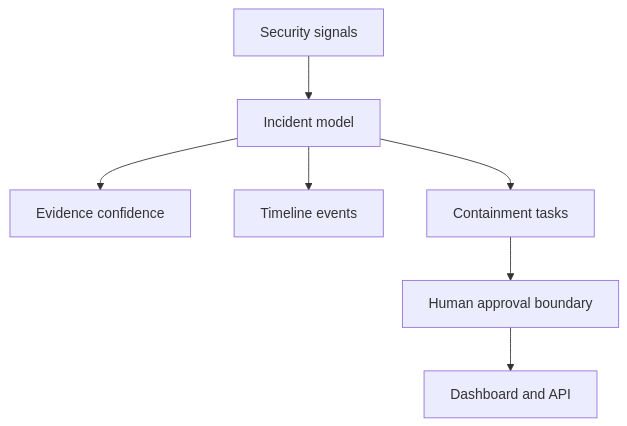
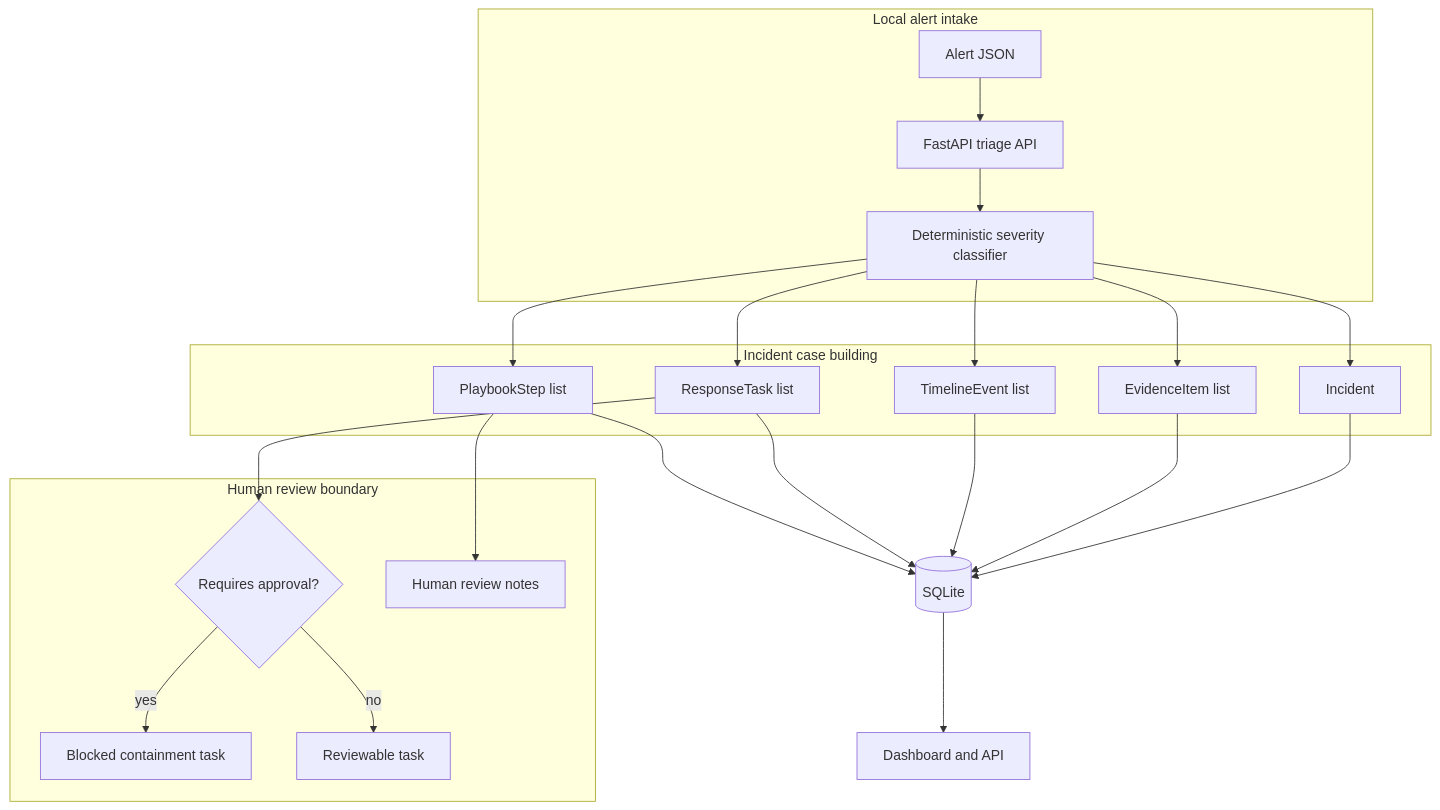
Before and after one commit to lord-dubious/incident-response-copilot: the diagram in docs/ARCHITECTURE.md, drawn with Mermaid. The commit also changed other lines of this file and 2 other files, not shown here.

Commit message:
docs: explain incident triage flow

````diff
--- a/docs/ARCHITECTURE.md
+++ b/docs/ARCHITECTURE.md
@@ -3,9 +3,29 @@
 ```mermaid
 flowchart TB
-    Signals[Security signals] --> Incidents[Incident model]
-    Incidents --> Evidence[Evidence confidence]
-    Incidents --> Timeline[Timeline events]
-    Incidents --> Tasks[Containment tasks]
-    Tasks --> Review[Human approval boundary]
-    Review --> Dashboard[Dashboard and API]
+    subgraph Intake[Local alert intake]
+        Alert[Alert JSON] --> API[FastAPI triage API]
+        API --> Classifier[Deterministic severity classifier]
+    end
+
+    subgraph CaseBuild[Incident case building]
+        Classifier --> Incident[Incident]
+        Classifier --> Evidence[EvidenceItem list]
+        Classifier --> Timeline[TimelineEvent list]
+        Classifier --> Tasks[ResponseTask list]
+        Classifier --> Playbook[PlaybookStep list]
+    end
+
+    subgraph Review[Human review boundary]
+        Tasks --> Approval{Requires approval?}
+        Approval -->|yes| Blocked[Blocked containment task]
+        Approval -->|no| Todo[Reviewable task]
+        Playbook --> Notes[Human review notes]
+    end
+
+    Incident --> Store[(SQLite)]
+    Evidence --> Store
+    Timeline --> Store
+    Tasks --> Store
+    Playbook --> Store
+    Store --> Dashboard[Dashboard and API]
 ```
````
